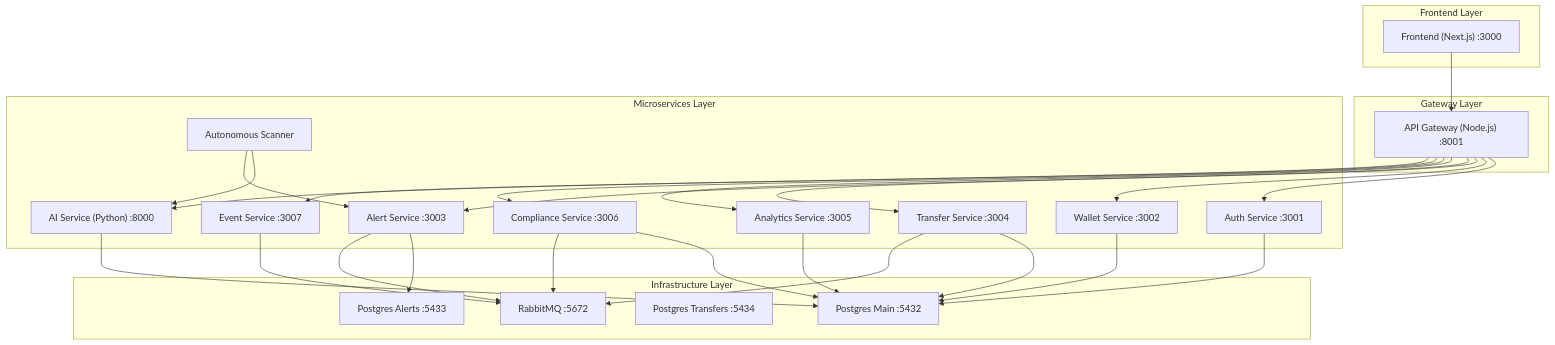
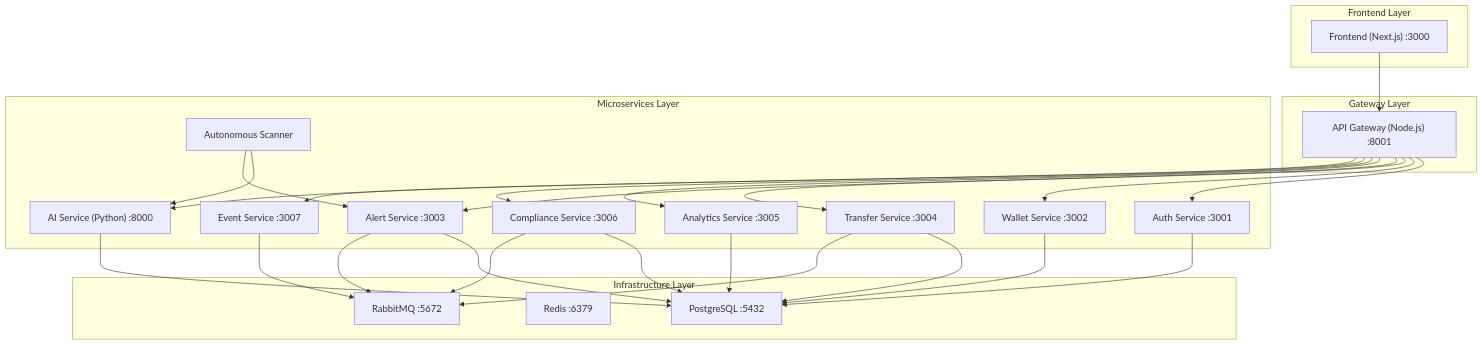
The diagram in README.md (NgocTanCSE/Detect-transferring-threat-by-AI-with-Blockchain), drawn with Mermaid before and after one commit. The commit also changed other lines of this file and 167 other files, not shown here.

````diff
--- a/README.md
+++ b/README.md
@@ -18,44 +18,42 @@
 ```mermaid
 graph TB
   subgraph "Frontend Layer"
     UI["Frontend (Next.js) :3000"]
   end
 
   subgraph "Gateway Layer"
     GW["API Gateway (Node.js) :8001"]
   end
 
   subgraph "Microservices Layer"
     Auth["Auth Service :3001"]
     Wallet["Wallet Service :3002"]
     Alert["Alert Service :3003"]
     Transfer["Transfer Service :3004"]
     Analytics["Analytics Service :3005"]
     Compliance["Compliance Service :3006"]
     Event["Event Service :3007"]
     AI["AI Service (Python) :8000"]
     Scanner["Autonomous Scanner"]
   end
 
   subgraph "Infrastructure Layer"
-    PGMain["Postgres Main :5432"]
-    PGAlerts["Postgres Alerts :5433"]
-    PGTrans["Postgres Transfers :5434"]
+    PG["PostgreSQL :5432"]
+    Redis["Redis :6379"]
     RMQ["RabbitMQ :5672"]
   end
 
   UI --> GW
   GW --> Auth
   GW --> Wallet
   GW --> Alert
   GW --> Transfer
   GW --> Analytics
   GW --> Compliance
   GW --> Event
   GW --> AI
   
-  Auth & Wallet & Compliance & Analytics & Transfer & AI --> PGMain
-  Alert --> PGAlerts
+  Auth & Wallet & Compliance & Analytics & Transfer & AI & Alert --> PG
   Alert & Event & Transfer & Compliance --> RMQ
   Scanner --> AI & Alert
 ```
````
